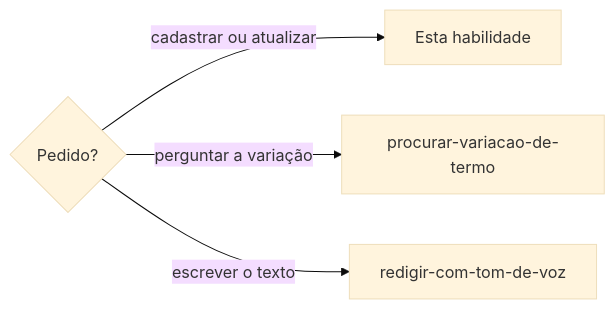
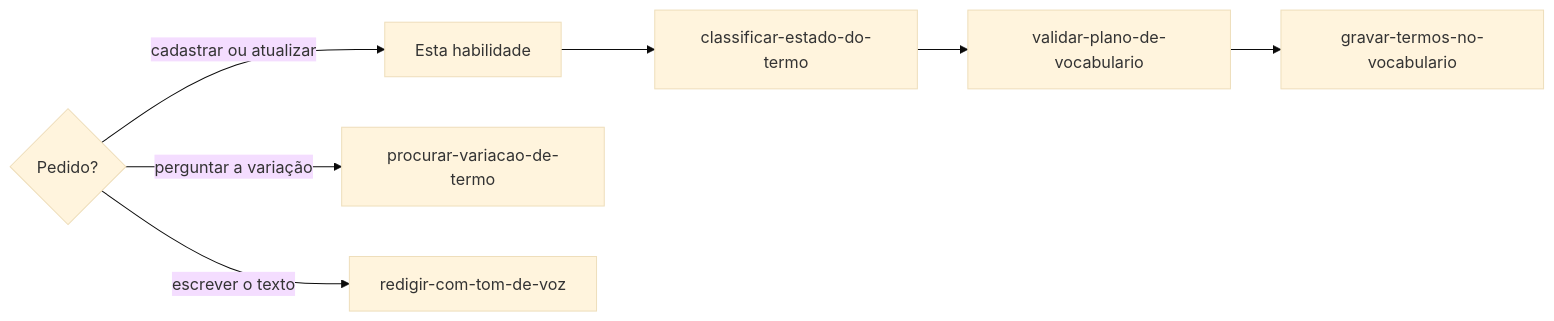
One commit to jimmyandrade/harness changed the diagram in .agents/skills/definir-vocabulario/SKILL.md. Above: the diagram before and after it, drawn with Mermaid (base theme). The commit also changed other lines of this file and 18 other files, not shown here.

````diff
--- a/.agents/skills/definir-vocabulario/SKILL.md
+++ b/.agents/skills/definir-vocabulario/SKILL.md
@@ -32,6 +35,9 @@
 ```mermaid
 flowchart LR
   A{Pedido?} -->|cadastrar ou atualizar| B[Esta habilidade]
   A -->|perguntar a variação| D[procurar-variacao-de-termo]
   A -->|escrever o texto| C[redigir-com-tom-de-voz]
+  B --> E[classificar-estado-do-termo]
+  E --> F[validar-plano-de-vocabulario]
+  F --> G[gravar-termos-no-vocabulario]
 ```
````
